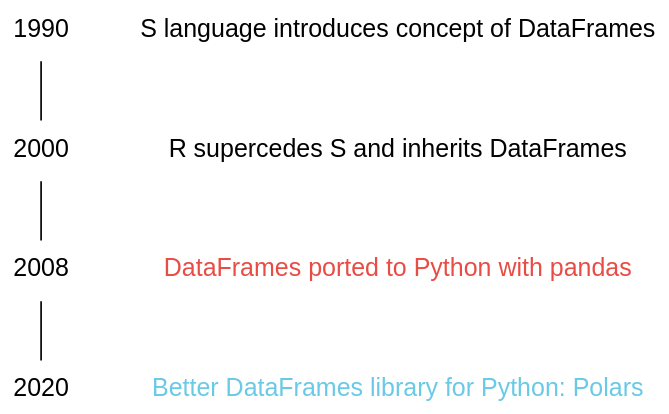
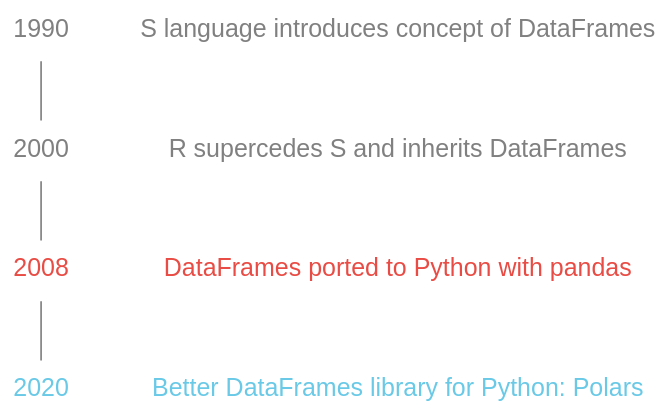
One commit to WestDRI/arc-training changed the diagram in python/wb_polars2_content.qmd. Above: the diagram before and after it, drawn with Graphviz. The commit also changed 20 other files, not shown here.

Commit message:
fix remaining graphviz graphs for dark mode

````diff
--- a/python/wb_polars2_content.qmd
+++ b/python/wb_polars2_content.qmd
@@ -24,27 +24,28 @@
 ```{dot}
 //| echo: false
 //| fig-height: 300px
 
 strict graph {
 
 bgcolor="transparent"
 graph [fontname="Inconsolata, sans-serif"]
-node [fontname="Inconsolata, sans-serif", fontsize=15]
+node [fontname="Inconsolata, sans-serif", fontsize=15, fontcolor=grey]
+edge [color=grey]
 
 y1 [label=1990, shape=plaintext, group=g1, group=g1]
 y2 [label=2000, shape=plaintext, group=g1, group=g1]
-y3 [label=2008, shape=plaintext, group=g1]
-y4 [label=2020, shape=plaintext, group=g1]
+y3 [label=2008, shape=plaintext, group=g1, fontcolor="#e84c44"]
+y4 [label=2020, shape=plaintext, group=g1, fontcolor="#69c9e6"]
 
 l1 [label="S language introduces concept of DataFrames", href="https://en.wikipedia.org/wiki/S_(programming_language)", shape=plaintext, group=g2]
 l2 [label="R supercedes S and inherits DataFrames", href="https://en.wikipedia.org/wiki/R_(programming_language)", shape=plaintext, group=g2]
 l3 [label="DataFrames ported to Python with pandas", href="https://github.com/pandas-dev/pandas", shape=plaintext, group=g2, fontcolor="#e84c44"]
 l4 [label="Better DataFrames library for Python: Polars", href="https://github.com/pola-rs/polars", shape=plaintext, group=g2, fontcolor="#69c9e6"]
 
 {rank=same; y1 l1}
 
 y1 -- y2 -- y3 -- y4
 l1 -- l2 -- l3 -- l4 [style=invis]
 
 }
 ```
````
